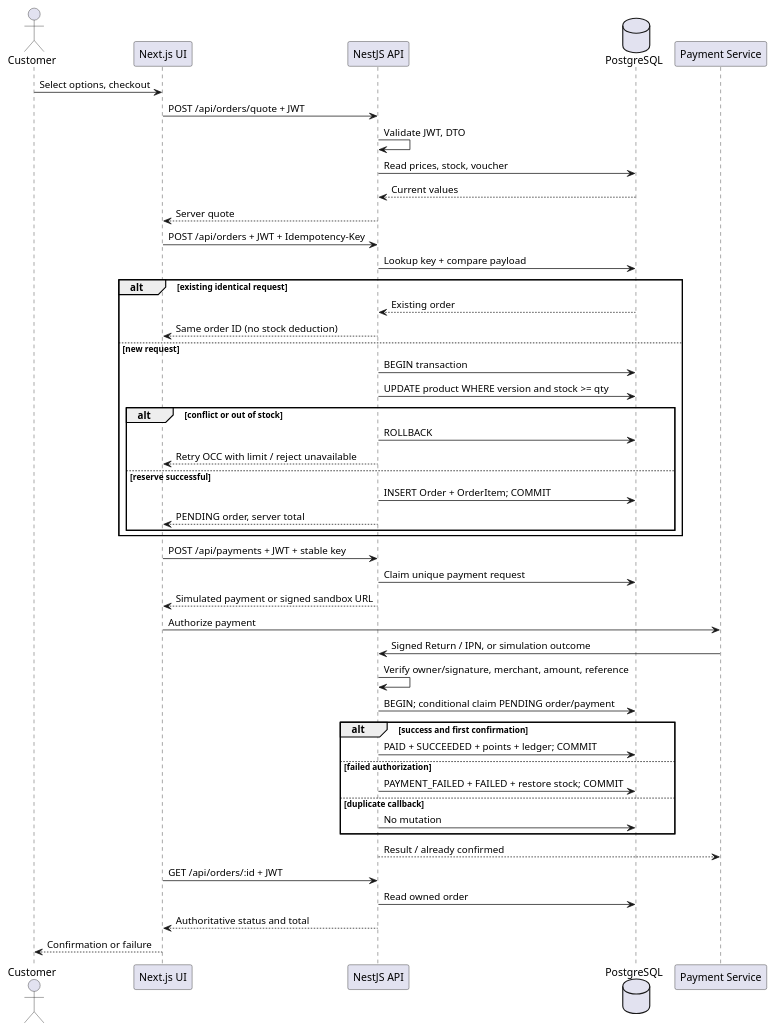
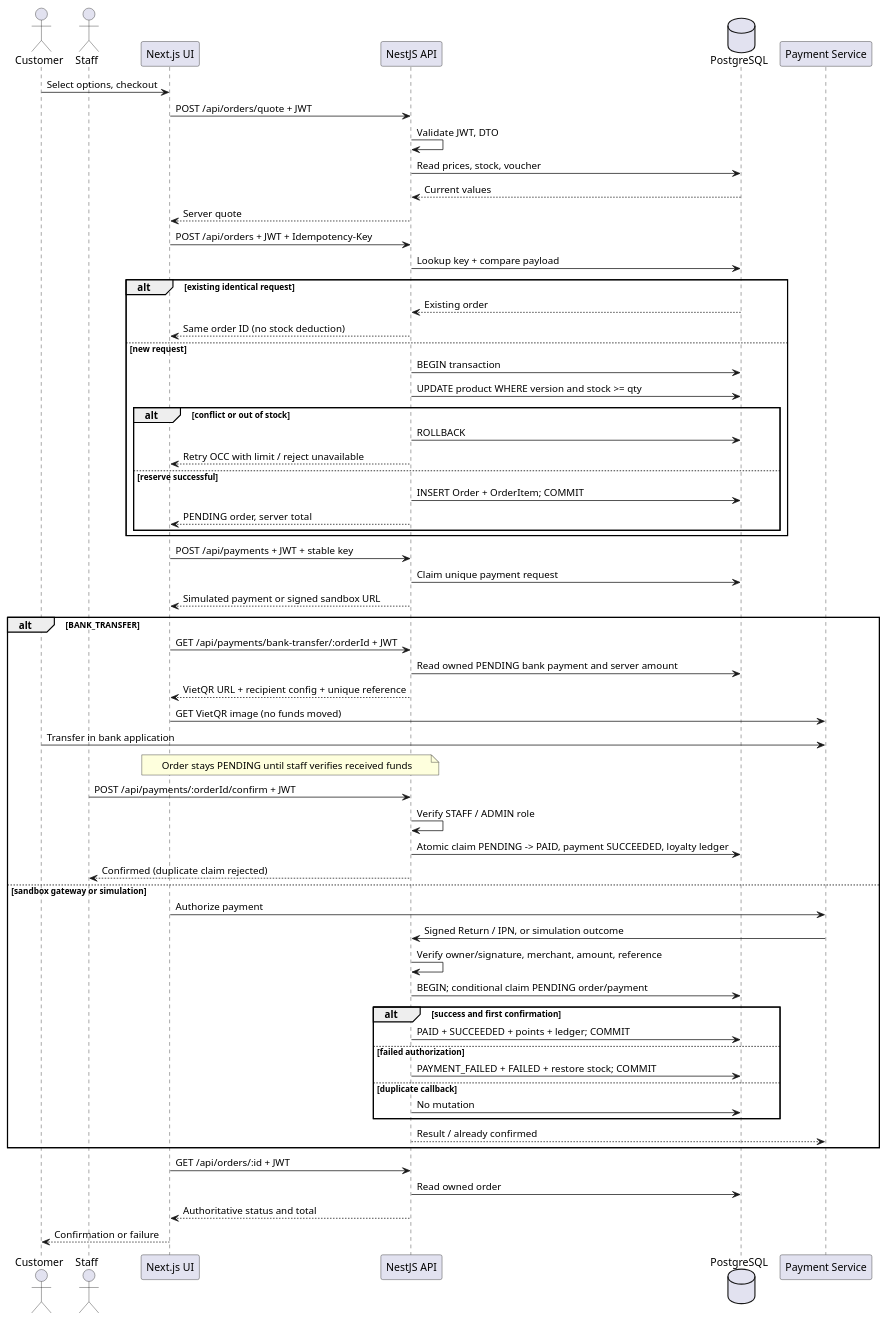
Before and after one commit to https-monstiez/BrewLite-AS2: the diagram in docs/diagrams/sequence-checkout.puml, drawn with PlantUML. The commit also changed 37 other files, not shown here.

```diff
--- a/docs/diagrams/sequence-checkout.puml
+++ b/docs/diagrams/sequence-checkout.puml
@@ -1,51 +1,65 @@
 @startuml
 !pragma layout smetana
 skinparam shadowing false
 skinparam defaultFontName SansSerif
 actor Customer
+actor Staff
 participant "Next.js UI" as UI
 participant "NestJS API" as API
 database PostgreSQL as DB
 participant "Payment Service" as PSP
 Customer -> UI : Select options, checkout
 UI -> API : POST /api/orders/quote + JWT
 API -> API : Validate JWT, DTO
 API -> DB : Read prices, stock, voucher
 DB --> API : Current values
 API --> UI : Server quote
 UI -> API : POST /api/orders + JWT + Idempotency-Key
 API -> DB : Lookup key + compare payload
 alt existing identical request
  DB --> API : Existing order
  API --> UI : Same order ID (no stock deduction)
 else new request
  API -> DB : BEGIN transaction
  API -> DB : UPDATE product WHERE version and stock >= qty
  alt conflict or out of stock
   API -> DB : ROLLBACK
   API --> UI : Retry OCC with limit / reject unavailable
  else reserve successful
   API -> DB : INSERT Order + OrderItem; COMMIT
   API --> UI : PENDING order, server total
  end
 end
 UI -> API : POST /api/payments + JWT + stable key
 API -> DB : Claim unique payment request
 API --> UI : Simulated payment or signed sandbox URL
+alt BANK_TRANSFER
+ UI -> API : GET /api/payments/bank-transfer/:orderId + JWT
+ API -> DB : Read owned PENDING bank payment and server amount
+ API --> UI : VietQR URL + recipient config + unique reference
+ UI -> PSP : GET VietQR image (no funds moved)
+ Customer -> PSP : Transfer in bank application
+ note over UI,API : Order stays PENDING until staff verifies received funds
+ Staff -> API : POST /api/payments/:orderId/confirm + JWT
+ API -> API : Verify STAFF / ADMIN role
+ API -> DB : Atomic claim PENDING -> PAID, payment SUCCEEDED, loyalty ledger
+ API --> Staff : Confirmed (duplicate claim rejected)
+else sandbox gateway or simulation
 UI -> PSP : Authorize payment
 PSP -> API : Signed Return / IPN, or simulation outcome
 API -> API : Verify owner/signature, merchant, amount, reference
 API -> DB : BEGIN; conditional claim PENDING order/payment
 alt success and first confirmation
  API -> DB : PAID + SUCCEEDED + points + ledger; COMMIT
 else failed authorization
  API -> DB : PAYMENT_FAILED + FAILED + restore stock; COMMIT
 else duplicate callback
  API -> DB : No mutation
 end
 API --> PSP : Result / already confirmed
+end
 UI -> API : GET /api/orders/:id + JWT
 API -> DB : Read owned order
 API --> UI : Authoritative status and total
 UI --> Customer : Confirmation or failure
 @enduml
```
